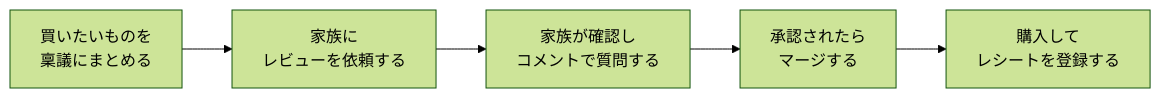
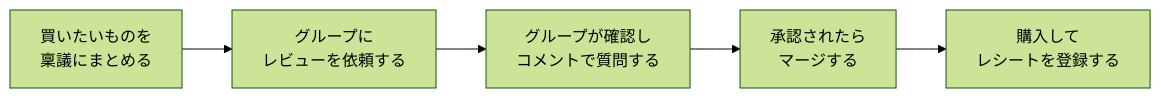
One commit to makoto-kamimura/docker_expense_management changed the first of 3 diagrams in readme.md. Above: the diagram before and after it, drawn with Mermaid (forest theme). The commit also changed other lines of this file and 28 other files, not shown here.

````diff
--- a/readme.md
+++ b/readme.md
@@ -82,7 +82,7 @@
 ```mermaid
 flowchart LR
-  A["買いたいものを<br/>稟議にまとめる"] --> B["家族に<br/>レビューを依頼する"]
-  B --> C["家族が確認し<br/>コメントで質問する"]
+  A["買いたいものを<br/>稟議にまとめる"] --> B["グループに<br/>レビューを依頼する"]
+  B --> C["グループが確認し<br/>コメントで質問する"]
   C --> D["承認されたら<br/>マージする"]
   D --> E["購入して<br/>レシートを登録する"]
 ```
````
